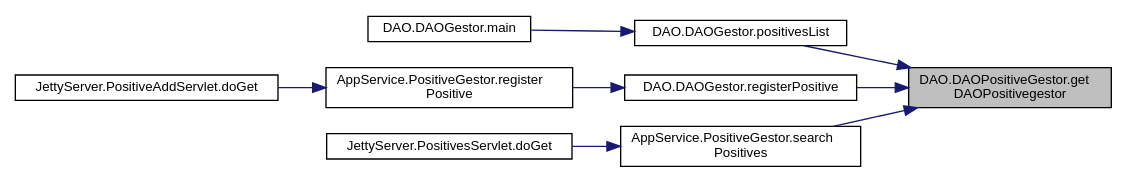
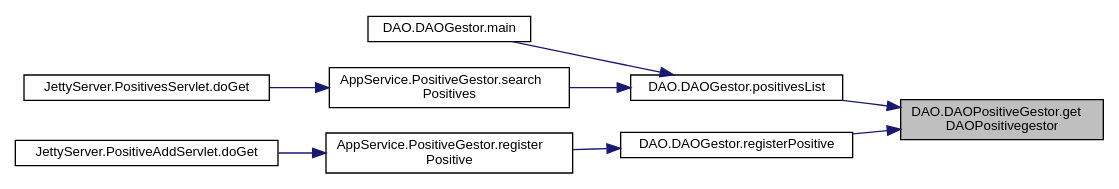
One commit to enekoatxa/RadarCovid changed the diagram in docs/class_d_a_o_1_1_d_a_o_positive_gestor_ab608a184e07cc7ce42feb0bf50645345_icgraph.dot. Above: the diagram before and after it, drawn with Graphviz. The commit also changed 160 other files, not shown here.

```diff
--- a/docs/class_d_a_o_1_1_d_a_o_positive_gestor_ab608a184e07cc7ce42feb0bf50645345_icgraph.dot
+++ b/docs/class_d_a_o_1_1_d_a_o_positive_gestor_ab608a184e07cc7ce42feb0bf50645345_icgraph.dot
@@ -1,22 +1,22 @@
 digraph "DAO.DAOPositiveGestor.getDAOPositivegestor"
 {
  // LATEX_PDF_SIZE
   edge [fontname="Helvetica",fontsize="10",labelfontname="Helvetica",labelfontsize="10"];
   node [fontname="Helvetica",fontsize="10",shape=record];
   rankdir="RL";
   Node1 [label="DAO.DAOPositiveGestor.get\lDAOPositivegestor",height=0.2,width=0.4,color="black", fillcolor="grey75", style="filled", fontcolor="black",tooltip=" "];
   Node1 -> Node2 [dir="back",color="midnightblue",fontsize="10",style="solid",fontname="Helvetica"];
-  Node2 [label="DAO.DAOGestor.positivesList",height=0.2,width=0.4,color="black", fillcolor="white", style="filled",URL="$class_d_a_o_1_1_d_a_o_gestor.html#a22cf2b35ffc6260acad919d2a8490379",tooltip=" "];
+  Node2 [label="DAO.DAOGestor.positivesList",height=0.2,width=0.4,color="black", fillcolor="white", style="filled",URL="$class_d_a_o_1_1_d_a_o_gestor.html#a578427e12867c22150174f7a5b5c02c3",tooltip=" "];
   Node2 -> Node3 [dir="back",color="midnightblue",fontsize="10",style="solid",fontname="Helvetica"];
   Node3 [label="DAO.DAOGestor.main",height=0.2,width=0.4,color="black", fillcolor="white", style="filled",URL="$class_d_a_o_1_1_d_a_o_gestor.html#a418601ed26da405dd755a8b193aa9d70",tooltip=" "];
-  Node1 -> Node4 [dir="back",color="midnightblue",fontsize="10",style="solid",fontname="Helvetica"];
-  Node4 [label="DAO.DAOGestor.registerPositive",height=0.2,width=0.4,color="black", fillcolor="white", style="filled",URL="$class_d_a_o_1_1_d_a_o_gestor.html#a6ea0f06fc24dd013578351ec8e0302fd",tooltip=" "];
+  Node2 -> Node4 [dir="back",color="midnightblue",fontsize="10",style="solid",fontname="Helvetica"];
+  Node4 [label="AppService.PositiveGestor.search\lPositives",height=0.2,width=0.4,color="black", fillcolor="white", style="filled",URL="$class_app_service_1_1_positive_gestor.html#a2c980437a77527176c1b6116f0399ded",tooltip=" "];
   Node4 -> Node5 [dir="back",color="midnightblue",fontsize="10",style="solid",fontname="Helvetica"];
-  Node5 [label="AppService.PositiveGestor.register\lPositive",height=0.2,width=0.4,color="black", fillcolor="white", style="filled",URL="$class_app_service_1_1_positive_gestor.html#a06e5a688499ef9d8dd92cb524f846e1e",tooltip=" "];
-  Node5 -> Node6 [dir="back",color="midnightblue",fontsize="10",style="solid",fontname="Helvetica"];
-  Node6 [label="JettyServer.PositiveAddServlet.doGet",height=0.2,width=0.4,color="black", fillcolor="white", style="filled",URL="$class_jetty_server_1_1_positive_add_servlet.html#aa97237f9c84de6958b9bf679d3b0211f",tooltip=" "];
-  Node1 -> Node7 [dir="back",color="midnightblue",fontsize="10",style="solid",fontname="Helvetica"];
-  Node7 [label="AppService.PositiveGestor.search\lPositives",height=0.2,width=0.4,color="black", fillcolor="white", style="filled",URL="$class_app_service_1_1_positive_gestor.html#a2c980437a77527176c1b6116f0399ded",tooltip=" "];
+  Node5 [label="JettyServer.PositivesServlet.doGet",height=0.2,width=0.4,color="black", fillcolor="white", style="filled",URL="$class_jetty_server_1_1_positives_servlet.html#a93dee73d81fa336eab434bad30eff999",tooltip=" "];
+  Node1 -> Node6 [dir="back",color="midnightblue",fontsize="10",style="solid",fontname="Helvetica"];
+  Node6 [label="DAO.DAOGestor.registerPositive",height=0.2,width=0.4,color="black", fillcolor="white", style="filled",URL="$class_d_a_o_1_1_d_a_o_gestor.html#a6ea0f06fc24dd013578351ec8e0302fd",tooltip=" "];
+  Node6 -> Node7 [dir="back",color="midnightblue",fontsize="10",style="solid",fontname="Helvetica"];
+  Node7 [label="AppService.PositiveGestor.register\lPositive",height=0.2,width=0.4,color="black", fillcolor="white", style="filled",URL="$class_app_service_1_1_positive_gestor.html#a06e5a688499ef9d8dd92cb524f846e1e",tooltip=" "];
   Node7 -> Node8 [dir="back",color="midnightblue",fontsize="10",style="solid",fontname="Helvetica"];
-  Node8 [label="JettyServer.PositivesServlet.doGet",height=0.2,width=0.4,color="black", fillcolor="white", style="filled",URL="$class_jetty_server_1_1_positives_servlet.html#a93dee73d81fa336eab434bad30eff999",tooltip=" "];
+  Node8 [label="JettyServer.PositiveAddServlet.doGet",height=0.2,width=0.4,color="black", fillcolor="white", style="filled",URL="$class_jetty_server_1_1_positive_add_servlet.html#aa97237f9c84de6958b9bf679d3b0211f",tooltip=" "];
 }
```
